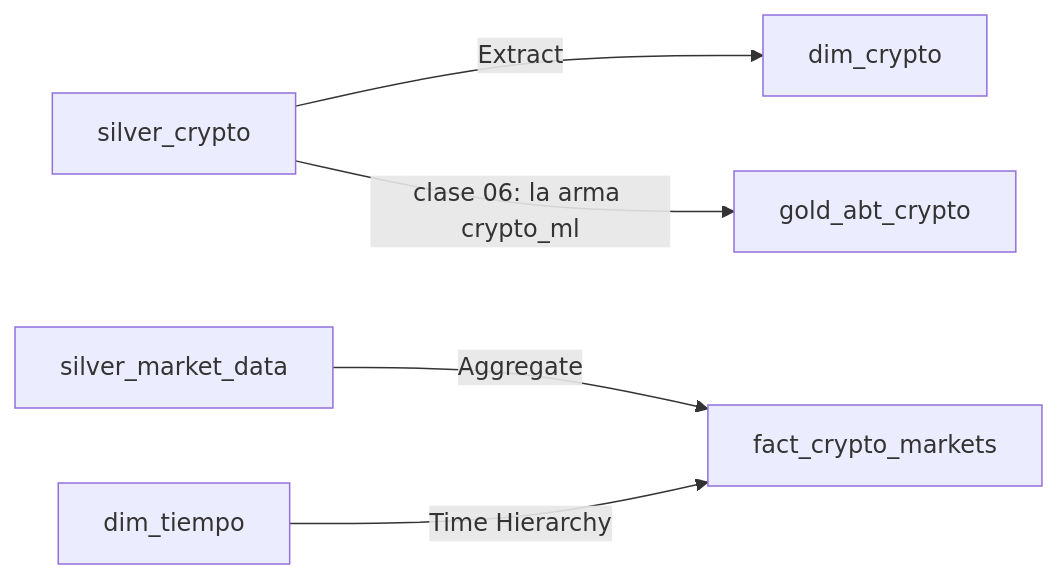
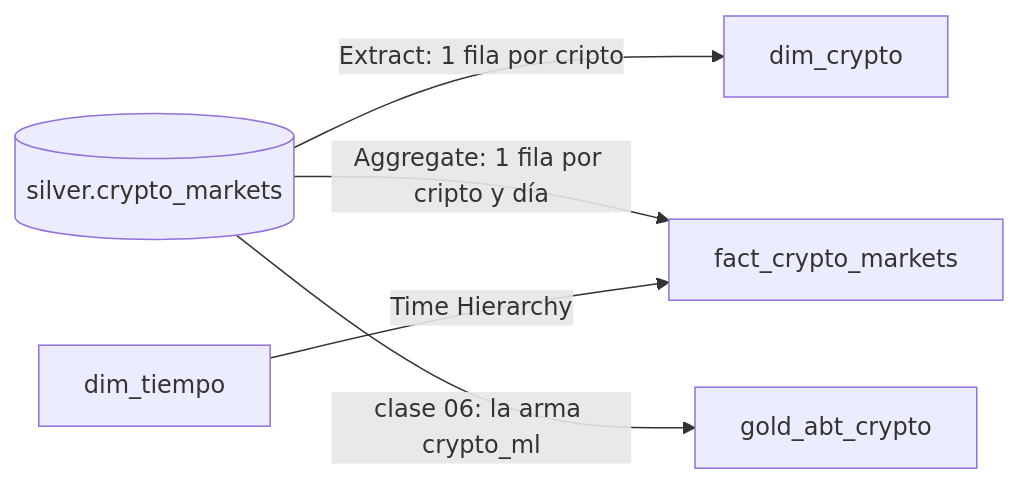
One commit to juansokil/LCD-InfraCienciaDatos changed the second of 2 diagrams in clase05/README.md. Above: the diagram before and after it, drawn with Mermaid. The commit also changed 4 other files, not shown here.

````diff
--- a/clase05/README.md
+++ b/clase05/README.md
@@ -62,8 +62,8 @@
 ```mermaid
 graph LR
-    S1[silver_crypto] -->|Extract| D1[dim_crypto]
-    S2[silver_market_data] -->|Aggregate| F1[fact_crypto_markets]
+    S1[("silver.crypto_markets")] -->|"Extract: 1 fila por cripto"| D1[dim_crypto]
+    S1 -->|"Aggregate: 1 fila por cripto y día"| F1[fact_crypto_markets]
     S3[dim_tiempo] -->|Time Hierarchy| F1
 
-    S1 -->|clase 06: la arma crypto_ml| A[gold_abt_crypto]
+    S1 -->|"clase 06: la arma crypto_ml"| A[gold_abt_crypto]
 ```
````
